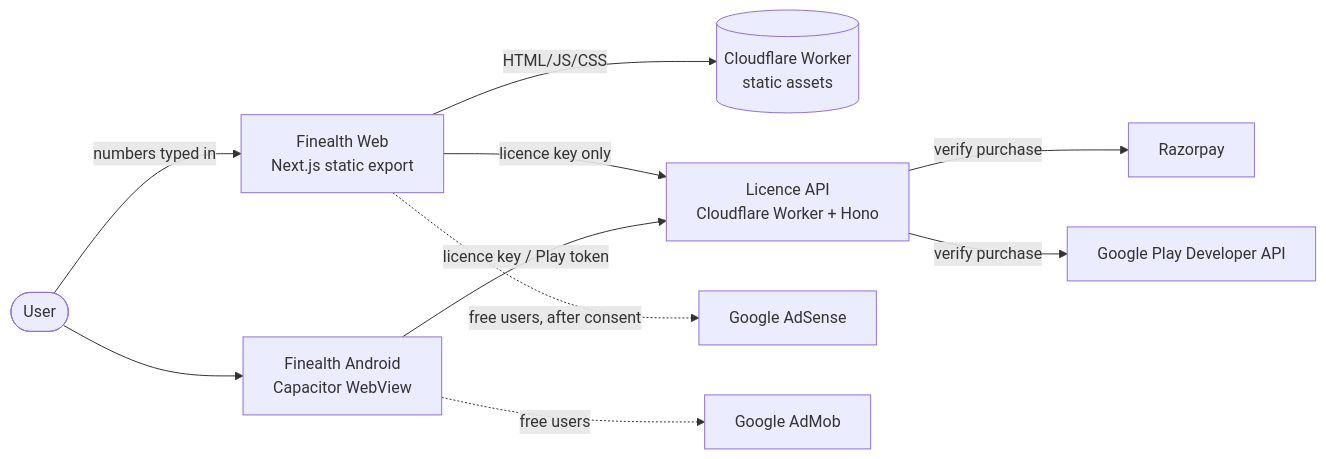
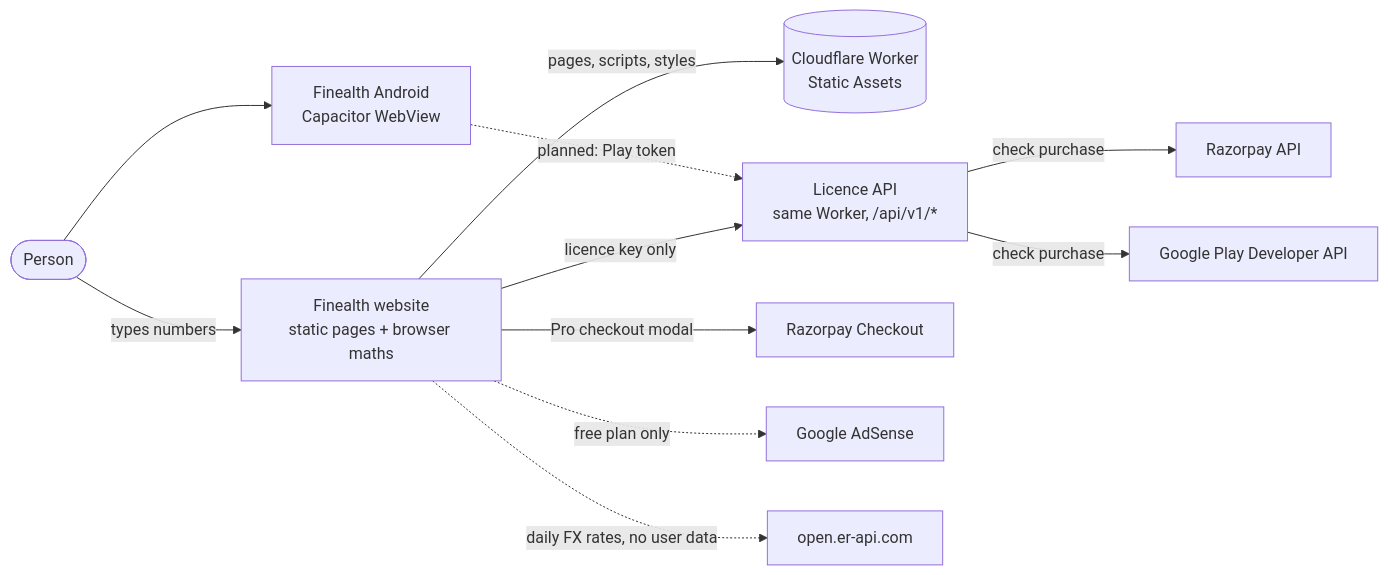
Before and after one commit to equisteg/finance-calculators: the diagram in docs/diagrams/HLD-1.mmd, drawn with Mermaid. The commit also changed 20 other files, not shown here.

First line of the commit message:
docs: HLD, LLD and User Manual v2.0 with 28 fresh screenshots; risk register rows for headers, FX call, consent and drift

```diff
--- a/docs/diagrams/HLD-1.mmd
+++ b/docs/diagrams/HLD-1.mmd
@@ -1,10 +1,11 @@
 flowchart LR
-  user([User]) -->|numbers typed in| web[Finealth Web\nNext.js static export]
-  user --> app[Finealth Android\nCapacitor WebView]
-  web -->|HTML/JS/CSS| cf[(Cloudflare Worker\nstatic assets)]
-  web -->|licence key only| api[Licence API\nCloudflare Worker + Hono]
-  app -->|licence key / Play token| api
-  api -->|verify purchase| rzp[Razorpay]
-  api -->|verify purchase| play[Google Play Developer API]
-  web -.->|free users, after consent| adsense[Google AdSense]
-  app -.->|free users| admob[Google AdMob]
+  user([Person]) -->|types numbers| web[Finealth website<br/>static pages + browser maths]
+  user --> app[Finealth Android<br/>Capacitor WebView]
+  web -->|pages, scripts, styles| cf[(Cloudflare Worker<br/>Static Assets)]
+  web -->|licence key only| api[Licence API<br/>same Worker, /api/v1/*]
+  app -.->|planned: Play token| api
+  api -->|check purchase| rzp[Razorpay API]
+  api -->|check purchase| play[Google Play Developer API]
+  web -->|Pro checkout modal| rzpjs[Razorpay Checkout]
+  web -.->|free plan only| adsense[Google AdSense]
+  web -.->|daily FX rates, no user data| fx[open.er-api.com]
```
